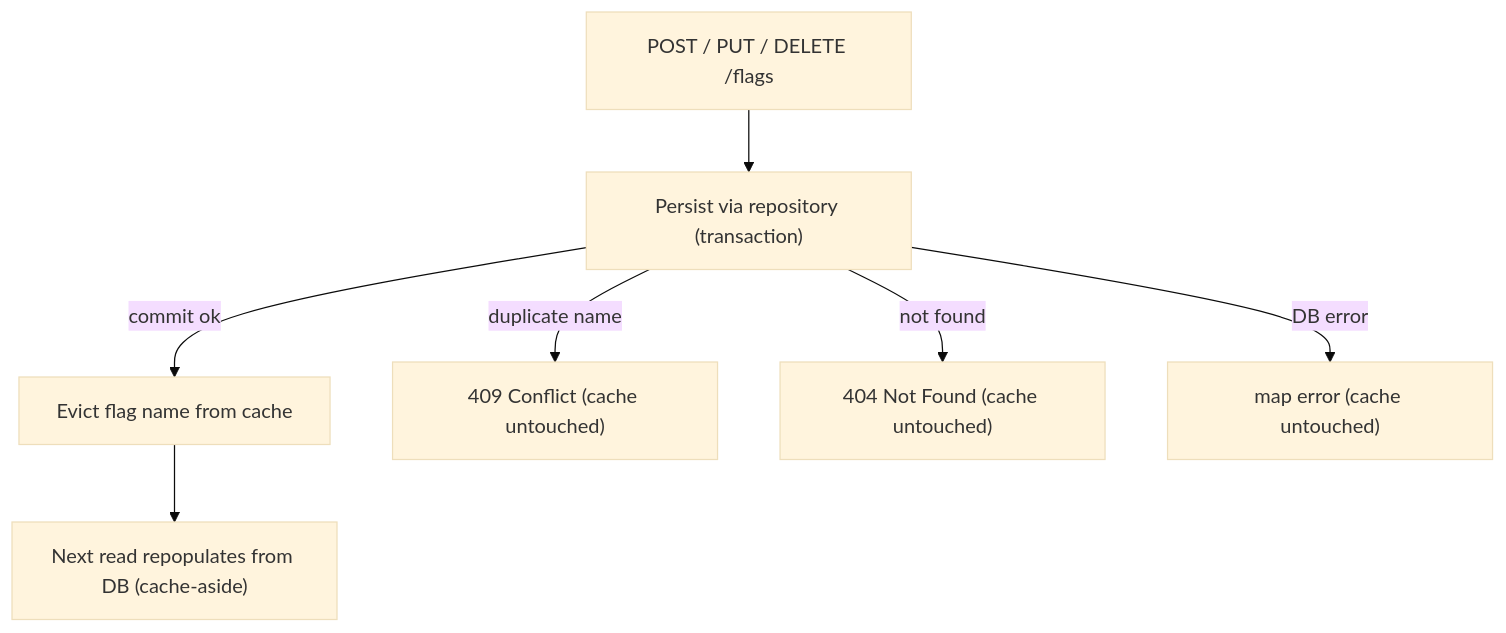
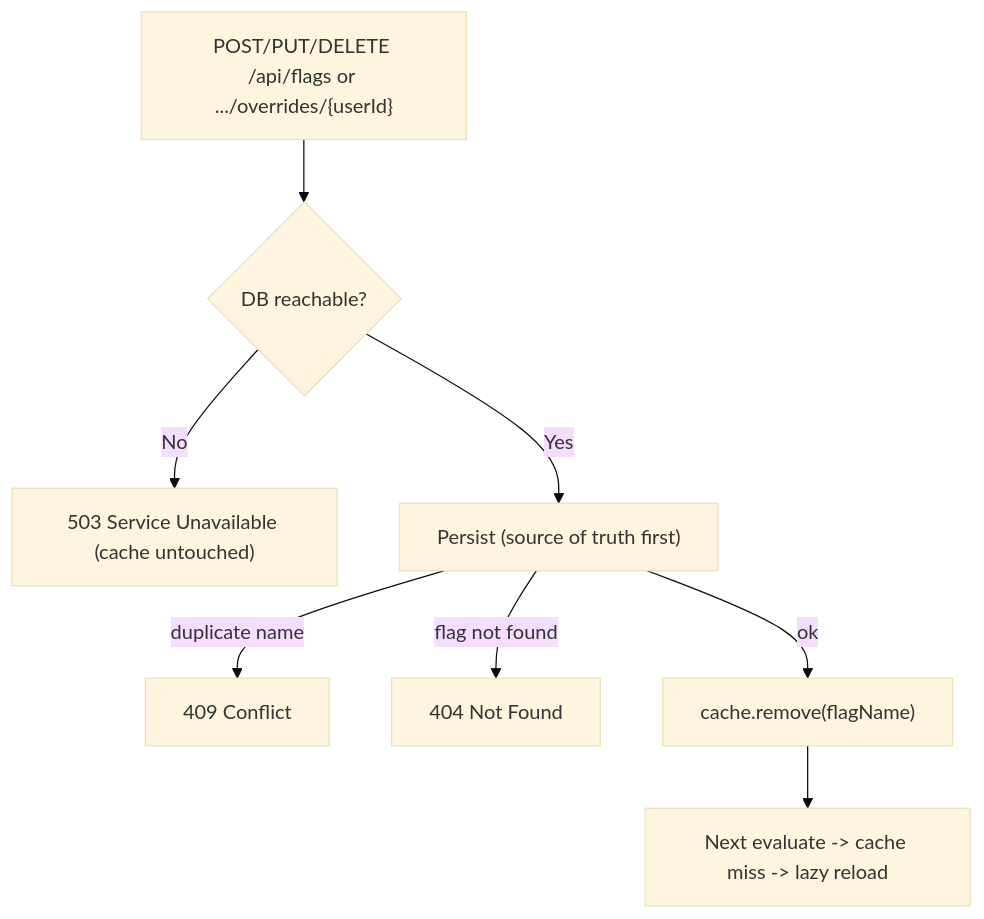
One commit to karansdoshi/featureFlagService changed the third of 4 diagrams in docs/architecture.md. Above: the diagram before and after it, drawn with Mermaid (base theme). The commit also changed other lines of this file and 49 other files, not shown here.

````diff
--- a/docs/architecture.md
+++ b/docs/architecture.md
@@ -48,9 +51,10 @@
 ```mermaid
 flowchart TD
-  W["POST / PUT / DELETE /flags"] --> Tx["Persist via repository (transaction)"]
-  Tx -->|"commit ok"| Evict["Evict flag name from cache"]
-  Tx -->|"duplicate name"| Err409["409 Conflict (cache untouched)"]
-  Tx -->|"not found"| Err404["404 Not Found (cache untouched)"]
-  Tx -->|"DB error"| Err5xx["map error (cache untouched)"]
-  Evict --> Next["Next read repopulates from DB (cache-aside)"]
+  W["POST/PUT/DELETE /api/flags or .../overrides/{userId}"] --> DBup{"DB reachable?"}
+  DBup -->|No| Err503["503 Service Unavailable (cache untouched)"]
+  DBup -->|Yes| Tx["Persist (source of truth first)"]
+  Tx -->|"duplicate name"| Err409["409 Conflict"]
+  Tx -->|"flag not found"| Err404["404 Not Found"]
+  Tx -->|"ok"| Evict["cache.remove(flagName)"]
+  Evict --> Next["Next evaluate -> cache miss -> lazy reload"]
 ```
````
